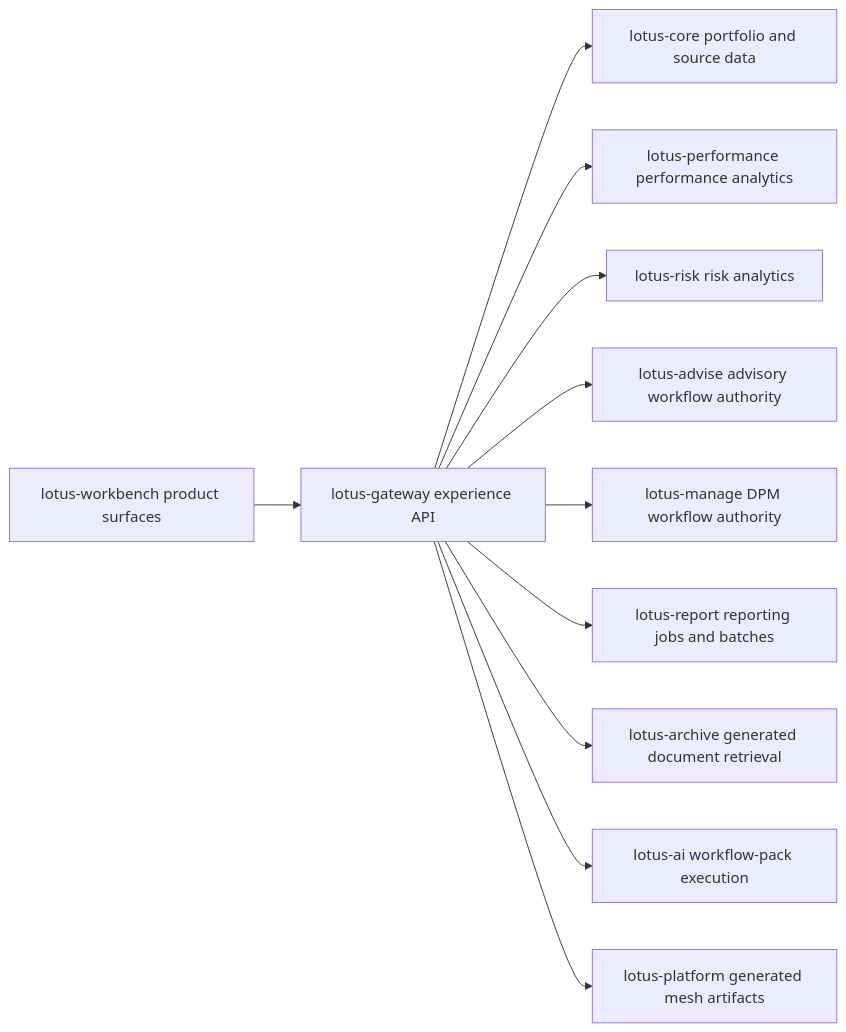
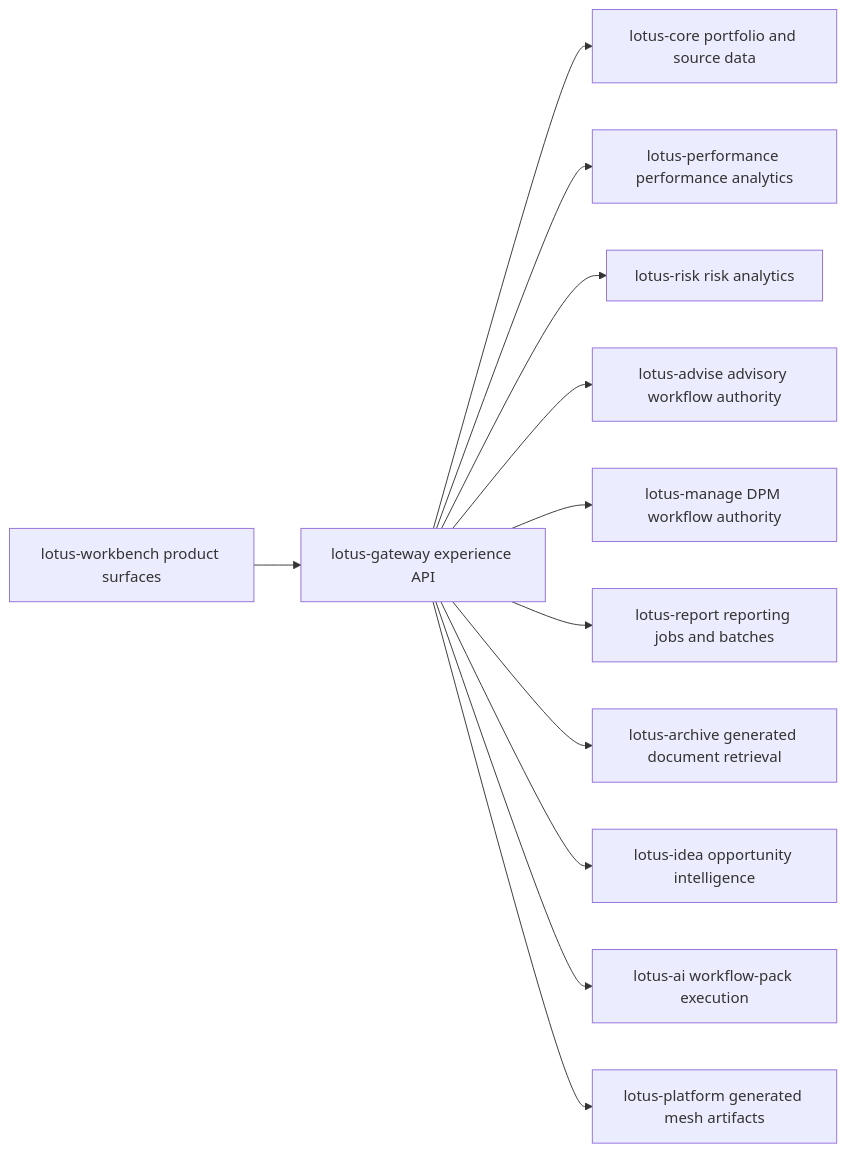
Before and after one commit to sgajbi/lotus-gateway: the diagram in wiki/Overview.md, drawn with Mermaid. The commit also changed other lines of this file and 25 other files, not shown here.

Commit message:
Add Lotus Idea gateway read publication

````diff
--- a/wiki/Overview.md
+++ b/wiki/Overview.md
@@ -37,13 +37,14 @@
 ```mermaid
 flowchart LR
     Workbench[lotus-workbench product surfaces] --> Gateway[lotus-gateway experience API]
     Gateway --> Core[lotus-core portfolio and source data]
     Gateway --> Performance[lotus-performance performance analytics]
     Gateway --> Risk[lotus-risk risk analytics]
     Gateway --> Advise[lotus-advise advisory workflow authority]
     Gateway --> Manage[lotus-manage DPM workflow authority]
     Gateway --> Report[lotus-report reporting jobs and batches]
     Gateway --> Archive[lotus-archive generated document retrieval]
+    Gateway --> Idea[lotus-idea opportunity intelligence]
     Gateway --> AI[lotus-ai workflow-pack execution]
     Gateway --> Platform[lotus-platform generated mesh artifacts]
 ```
````
